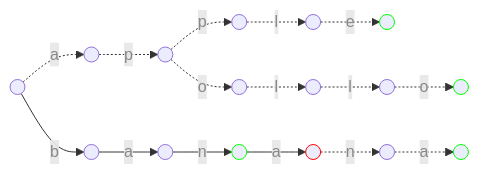
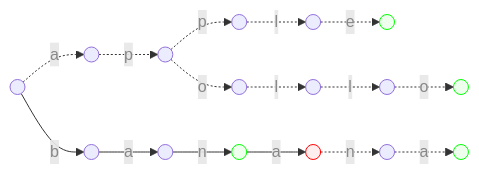
Before and after one commit to CHOYUNSIG/algorithm_with_boj: the fifth of 5 diagrams in _posts/2024-01-03-trie.md, drawn with Mermaid. The commit also changed other lines of this file and 1 other file, not shown here.

```diff
--- a/_posts/2024-01-03-trie.md
+++ b/_posts/2024-01-03-trie.md
@@ -192,39 +192,39 @@
 <pre class="mermaid">
     graph LR
 
     1 -. <p style="color: #888">a</p> .-> 2
     1 -- <p style="color: #888">b</p> --> 3
     2 -. <p style="color: #888">p</p> .-> 4
     4 -. <p style="color: #888">p</p> .-> 5
     5 -. <p style="color: #888">l</p> .-> 6
     6 -. <p style="color: #888">e</p> .-> 7
     4 -. <p style="color: #888">o</p> .-> 8
     8 -. <p style="color: #888">l</p> .-> 9
     9 -. <p style="color: #888">l</p> .-> 10
     10 -. <p style="color: #888">o</p> .-> 11
     3 -- <p style="color: #888">a</p> --> 12
     12 -- <p style="color: #888">n</p> --> 13
     13 -- <p style="color: #888">a</p> --> 14
     14 -. <p style="color: #888">n</p> .-> 15
     15 -. <p style="color: #888">a</p> .-> 16
 
     1(( ))
     2(( ))
     3(( ))
     4(( ))
     5(( ))
     6(( ))
     7(( )):::end_flag
     8(( ))
     9(( ))
     10(( ))
     11(( )):::end_flag
     12(( ))
     13(( )):::end_flag
     14(( )):::error
     15(( ))
     16(( )):::end_flag
 
-    classDef end_flag stroke:#0f0
-    classDef error stroke:#f00
+    classDef end_flag stroke:#0f0, fill:#EFE
+    classDef error stroke:#f00, fill:#FEE
 </pre>
```
